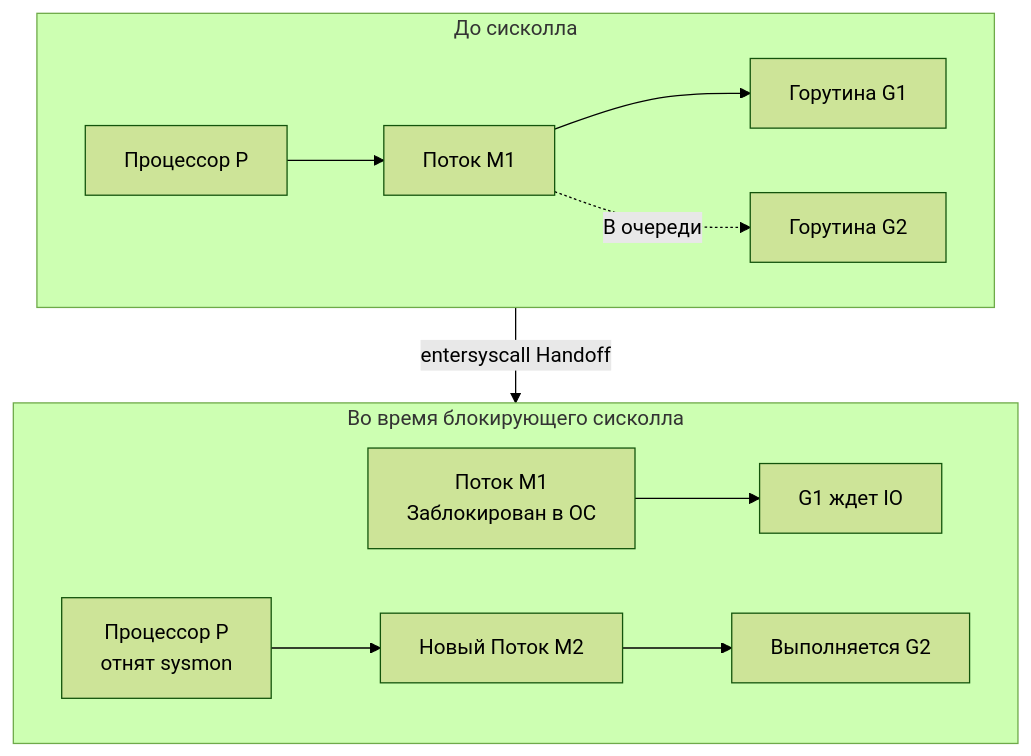
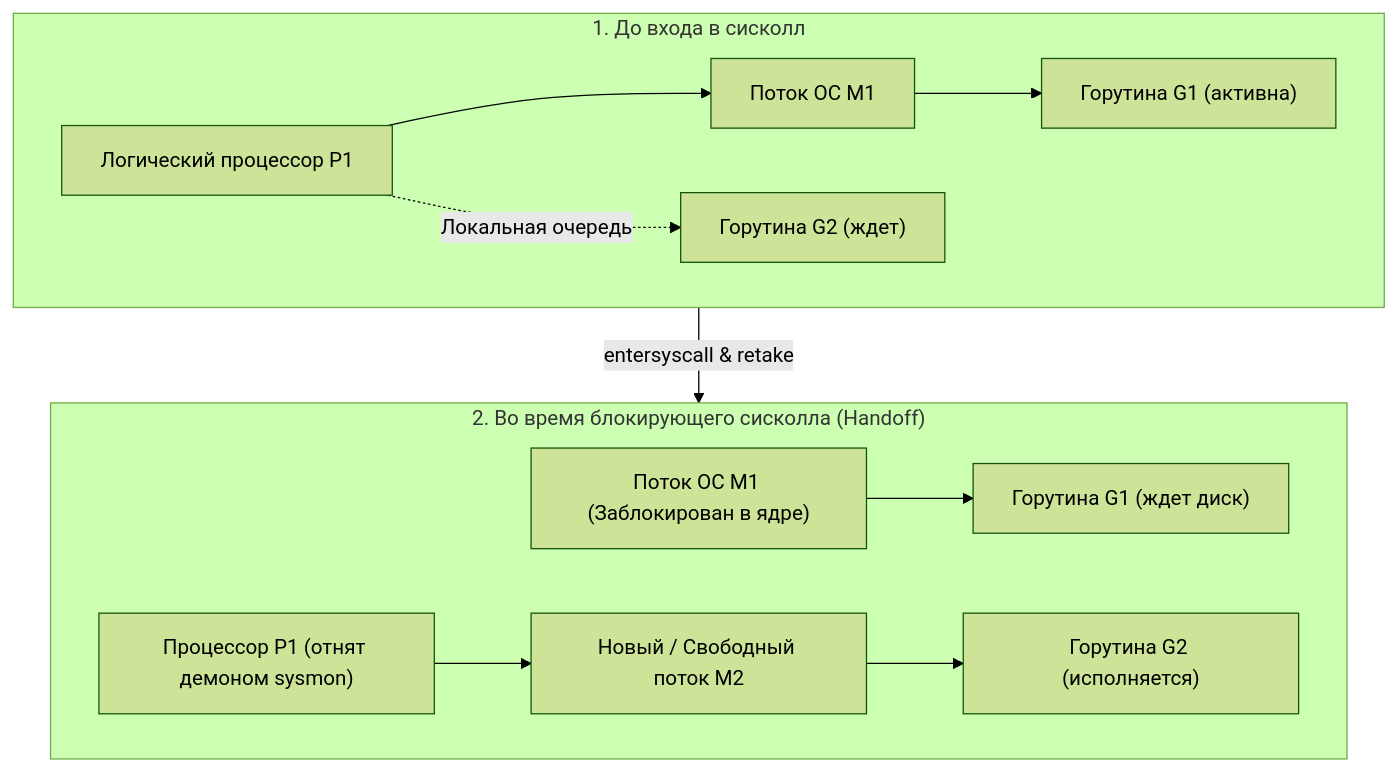
One commit to UnrealTemplier/go-textbook changed the diagram in sources/1. Архитектура компьютера/34. Аппаратные прерывания и Системные вызовы.md. Above: the diagram before and after it, drawn with Mermaid (forest theme). The commit also changed other lines of this file, not shown here.

````diff
--- a/sources/1. Архитектура компьютера/34. Аппаратные прерывания и Системные вызовы.md
+++ b/sources/1. Архитектура компьютера/34. Аппаратные прерывания и Системные вызовы.md
@@ -79,16 +103,16 @@
 ```mermaid
 flowchart TD
-    subgraph Before ["До сисколла"]
-        P1["Процессор P"]-->M1["Поток M1"]
-        M1-->G1["Горутина G1"]
-        M1-.->|В очереди|G2["Горутина G2"]
+    subgraph Before ["1. До входа в сисколл"]
+        P1["Логический процессор P1"] --> M1["Поток ОС M1"]
+        M1 --> G1["Горутина G1 (активна)"]
+        P1 -.->|Локальная очередь| G2["Горутина G2 (ждет)"]
     end
     
-    subgraph During ["Во время блокирующего сисколла"]
-        M1_block["Поток M1<br>Заблокирован в ОС"]-->G1_block["G1 ждет IO"]
-        P1_new["Процессор P<br>отнят sysmon"]-->M2["Новый Поток M2"]
-        M2-->G2_run["Выполняется G2"]
+    subgraph During ["2. Во время блокирующего сисколла (Handoff)"]
+        M1_block["Поток ОС M1 (Заблокирован в ядре)"] --> G1_block["Горутина G1 (ждет диск)"]
+        P1_new["Процессор P1 (отнят демоном sysmon)"] --> M2["Новый / Свободный поток M2"]
+        M2 --> G2_run["Горутина G2 (исполняется)"]
     end
     
-    Before-->|entersyscall Handoff|During
+    Before -->|"entersyscall & retake"| During
 ```
````
